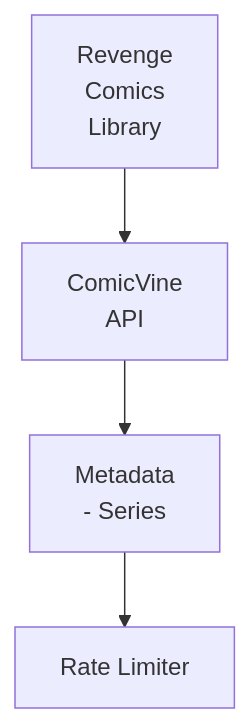
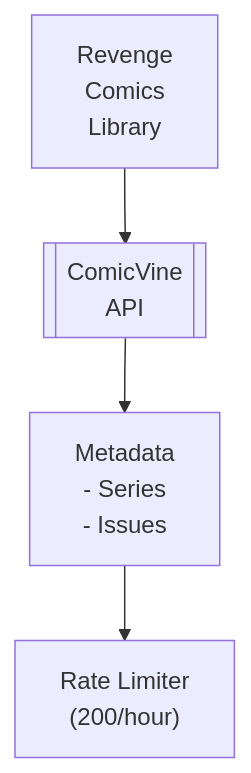
Before and after one commit to lusoris/revenge: the diagram in docs/dev/design/integrations/metadata/comics/COMICVINE.md, drawn with Mermaid. The commit also changed 208 other files, not shown here.

First line of the commit message:
feat(docs): Improve ASCII to Mermaid converter with proper box extraction

````diff
--- a/docs/dev/design/integrations/metadata/comics/COMICVINE.md
+++ b/docs/dev/design/integrations/metadata/comics/COMICVINE.md
@@ -57,10 +57,10 @@
 ```mermaid
 flowchart TD
     node1["Revenge<br/>Comics<br/>Library"]
-    node2["ComicVine<br/>API"]
-    node3["Metadata<br/>- Series"]
-    node4["Rate Limiter"]
+    node2[[ComicVine<br/>API]]
+    node3["Metadata<br/>- Series<br/>- Issues"]
+    node4["Rate Limiter<br/>(200/hour)"]
     node2 --> node3
     node1 --> node2
     node3 --> node4
 ```
````
